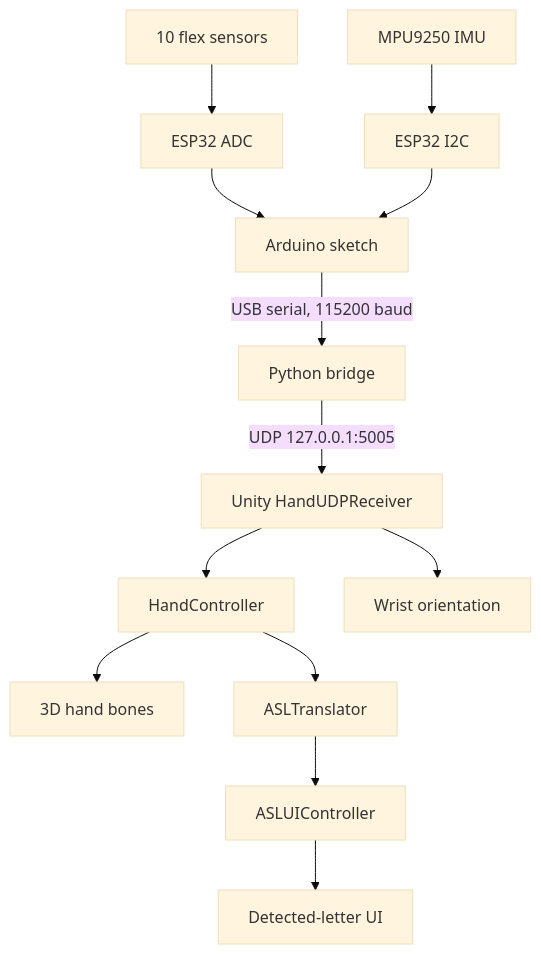
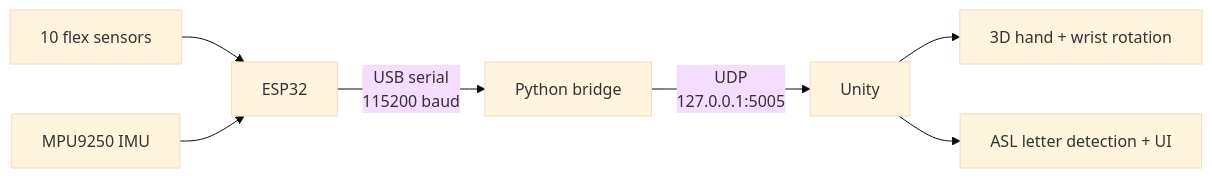
Before and after one commit to Coding-nine/ASL-Interpreter: the diagram in README.md, drawn with Mermaid (base theme). The commit also changed other lines of this file, not shown here.

````diff
--- a/README.md
+++ b/README.md
@@ -9,15 +34,9 @@
 ```mermaid
-flowchart TD
-    A[10 flex sensors] --> B[ESP32 ADC]
-    C[MPU9250 IMU] --> D[ESP32 I2C]
-    B --> E[Arduino sketch]
-    D --> E
-    E -->|USB serial, 115200 baud| F[Python bridge]
-    F -->|UDP 127.0.0.1:5005| G[Unity HandUDPReceiver]
-    G --> H[HandController]
-    H --> I[3D hand bones]
-    G --> J[Wrist orientation]
-    K[ASLTranslator] --> L[ASLUIController]
-    H --> K
-    L --> M[Detected-letter UI]
+flowchart LR
+    A[10 flex sensors] --> B[ESP32]
+    C[MPU9250 IMU] --> B
+    B -->|USB serial<br/>115200 baud| D[Python bridge]
+    D -->|UDP<br/>127.0.0.1:5005| E[Unity]
+    E --> F[3D hand + wrist rotation]
+    E --> G[ASL letter detection + UI]
 ```
````
